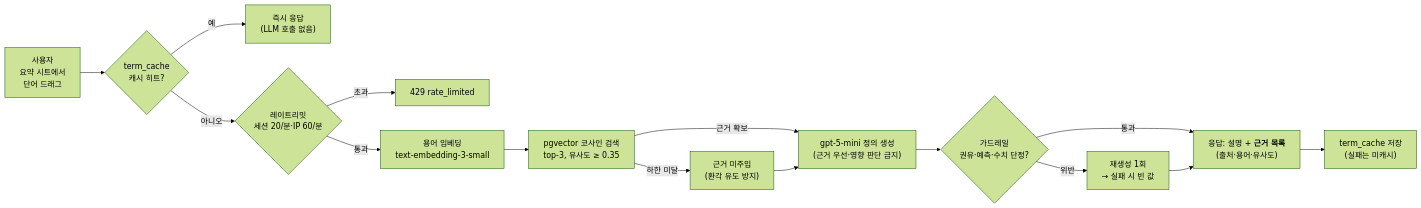
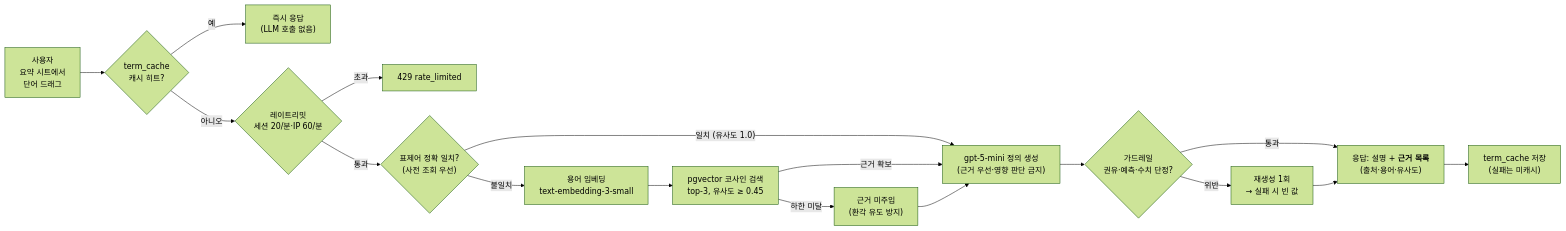
The diagram in docs/RAG설명.md (Likelion-YeungNam-Univ/14th-lightning-ai), drawn with Mermaid (forest theme) before and after one commit. The commit also changed other lines of this file and 4 other files, not shown here.

First line of the commit message:
feat: 표제어 정확 일치 우선 검색·유사도 하한 0.45 상향 (F-5.4, F-5.8)

````diff
--- a/docs/RAG설명.md
+++ b/docs/RAG설명.md
@@ -26,17 +26,19 @@
 ```mermaid
 flowchart LR
     U["사용자<br/>요약 시트에서<br/>단어 드래그"] --> C{"term_cache<br/>캐시 히트?"}
     C -- 예 --> R0["즉시 응답<br/>(LLM 호출 없음)"]
     C -- 아니오 --> RL{"레이트리밋<br/>세션 20/분·IP 60/분"}
     RL -- 초과 --> E429["429 rate_limited"]
-    RL -- 통과 --> EMB["용어 임베딩<br/>text-embedding-3-small"]
-    EMB --> VS["pgvector 코사인 검색<br/>top-3, 유사도 ≥ 0.35"]
+    RL -- 통과 --> EX{"표제어 정확 일치?<br/>(사전 조회 우선)"}
+    EX -- "일치 (유사도 1.0)" --> LLM
+    EX -- 불일치 --> EMB["용어 임베딩<br/>text-embedding-3-small"]
+    EMB --> VS["pgvector 코사인 검색<br/>top-3, 유사도 ≥ 0.45"]
     VS -- "하한 미달" --> G0["근거 미주입<br/>(환각 유도 방지)"]
     VS -- "근거 확보" --> LLM["gpt-5-mini 정의 생성<br/>(근거 우선·영향 판단 금지)"]
     G0 --> LLM
     LLM --> GR{"가드레일<br/>권유·예측·수치 단정?"}
     GR -- 위반 --> RE["재생성 1회<br/>→ 실패 시 빈 값"]
     GR -- 통과 --> RESP["응답: 설명 + <b>근거 목록</b><br/>(출처·용어·유사도)"]
     RE --> RESP
     RESP --> CA["term_cache 저장<br/>(실패는 미캐시)"]
 ```
````
